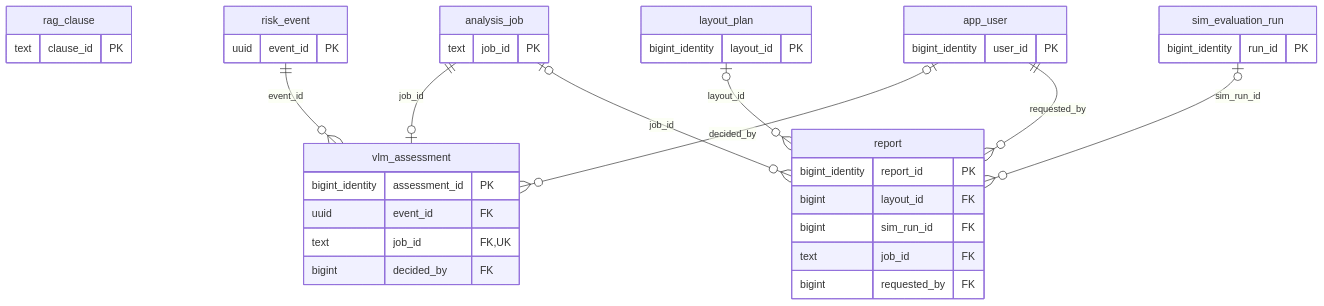
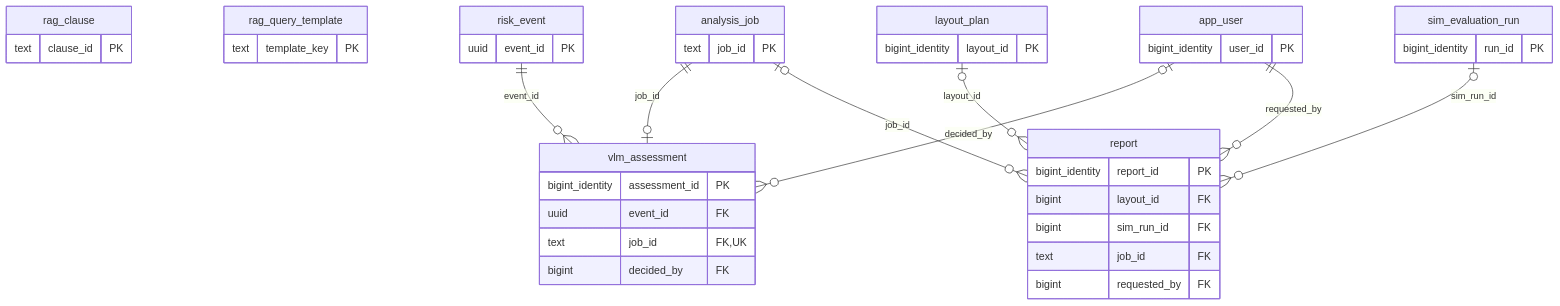
Before and after one commit to Janjonghwa/simai: the ninth of 13 diagrams in docs/design/db-erd.md, drawn with Mermaid. The commit also changed other lines of this file and 2 other files, not shown here.

Commit message:
[S15P31A101-318] DB 표 정의와 ERD 를 마이그레이션 V1~V13 에 맞춘다(새 테이블 5개 절, 컬럼·유일 키 추가, 전체 관계를 실제 51개 테이블로)

````diff
--- a/docs/design/db-erd.md
+++ b/docs/design/db-erd.md
@@ -595,41 +643,44 @@
 ```mermaid
 erDiagram
     vlm_assessment {
         bigint_identity assessment_id PK
         uuid event_id FK
         text job_id FK,UK
         bigint decided_by FK
     }
     report {
         bigint_identity report_id PK
         bigint layout_id FK
         bigint sim_run_id FK
         text job_id FK
         bigint requested_by FK
     }
     rag_clause {
         text clause_id PK
+    }
+    rag_query_template {
+        text template_key PK
     }
     analysis_job {
         text job_id PK
     }
     app_user {
         bigint_identity user_id PK
     }
     layout_plan {
         bigint_identity layout_id PK
     }
     risk_event {
         uuid event_id PK
     }
     sim_evaluation_run {
         bigint_identity run_id PK
     }
     risk_event ||--o{ vlm_assessment : "event_id"
     analysis_job ||--o| vlm_assessment : "job_id"
     app_user |o--o{ vlm_assessment : "decided_by"
     layout_plan |o--o{ report : "layout_id"
     sim_evaluation_run |o--o{ report : "sim_run_id"
     analysis_job |o--o{ report : "job_id"
     app_user ||--o{ report : "requested_by"
 ```
````
